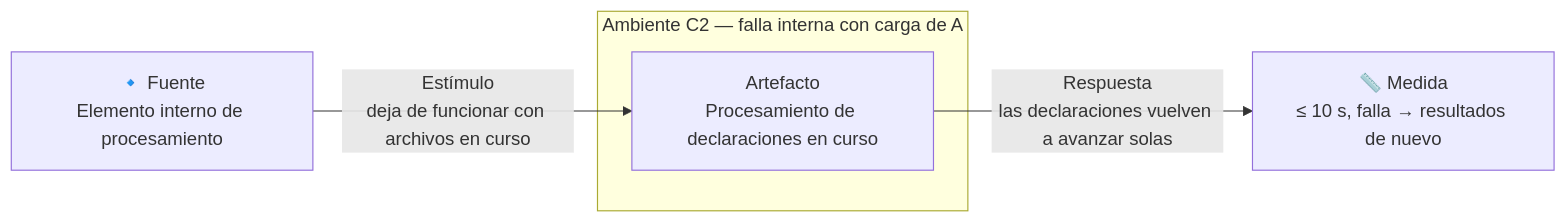
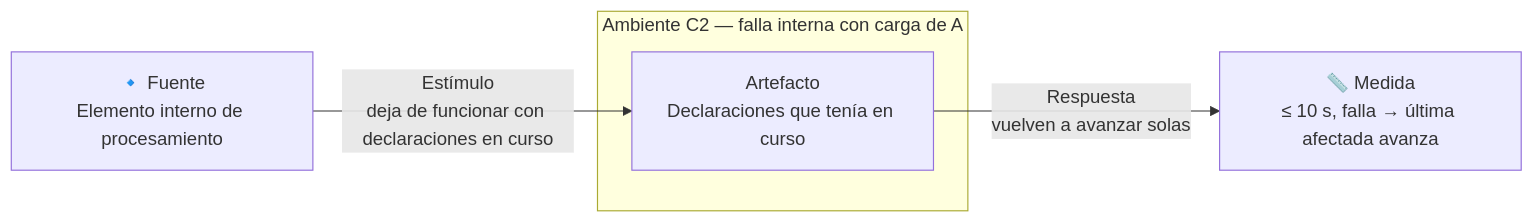
Diagram 13 of 17 in docs/quality-attributes.md (MATI-MBIT/arqsoft-reto-4), drawn with Mermaid before and after one commit. The commit also changed other lines of this file and 5 other files, not shown here.

````diff
--- a/docs/quality-attributes.md
+++ b/docs/quality-attributes.md
@@ -429,9 +437,9 @@
 ```mermaid
 flowchart LR
     F["🔹 Fuente<br/>Elemento interno de procesamiento"]
-    F -- "Estímulo<br/>deja de funcionar con archivos en curso" --> A
+    F -- "Estímulo<br/>deja de funcionar con declaraciones en curso" --> A
     subgraph AMB["Ambiente C2 — falla interna con carga de A"]
-        A["Artefacto<br/>Procesamiento de declaraciones en curso"]
+        A["Artefacto<br/>Declaraciones que tenía en curso"]
     end
-    A -- "Respuesta<br/>las declaraciones vuelven a avanzar solas" --> M["📏 Medida<br/>≤ 10 s, falla → resultados de nuevo"]
+    A -- "Respuesta<br/>vuelven a avanzar solas" --> M["📏 Medida<br/>≤ 10 s, falla → última afectada avanza"]
 ```
````
